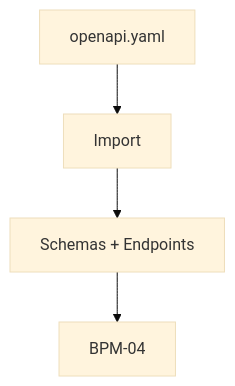
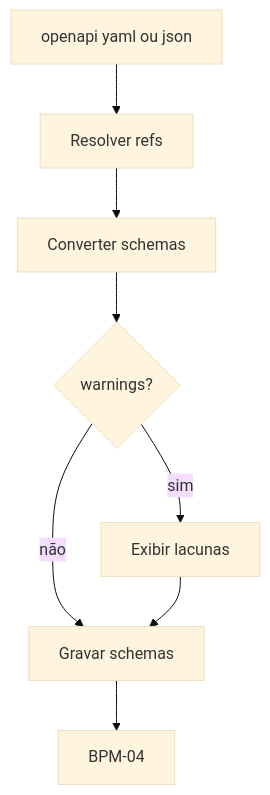
One commit to GabrielLeandroSilva/Devmock changed the diagram in DevMock Cerebro/03-Processos/BPM-03-Import-OpenAPI.md. Above: the diagram before and after it, drawn with Mermaid (base theme). The commit also changed other lines of this file and 15 other files, not shown here.

First line of the commit message:
feat(import): openapi para schemas + cli + extension

````diff
--- a/DevMock Cerebro/03-Processos/BPM-03-Import-OpenAPI.md
+++ b/DevMock Cerebro/03-Processos/BPM-03-Import-OpenAPI.md
@@ -23,6 +32,10 @@
 ```mermaid
 flowchart TD
-  A[openapi.yaml] --> B[Import]
-  B --> C[Schemas + Endpoints]
-  C --> D[BPM-04]
+  A["openapi yaml ou json"] --> B["Resolver refs"]
+  B --> C["Converter schemas"]
+  C --> D{"warnings?"}
+  D -->|"sim"| E["Exibir lacunas"]
+  D -->|"não"| F["Gravar schemas"]
+  E --> F
+  F --> G["BPM-04"]
 ```
````
